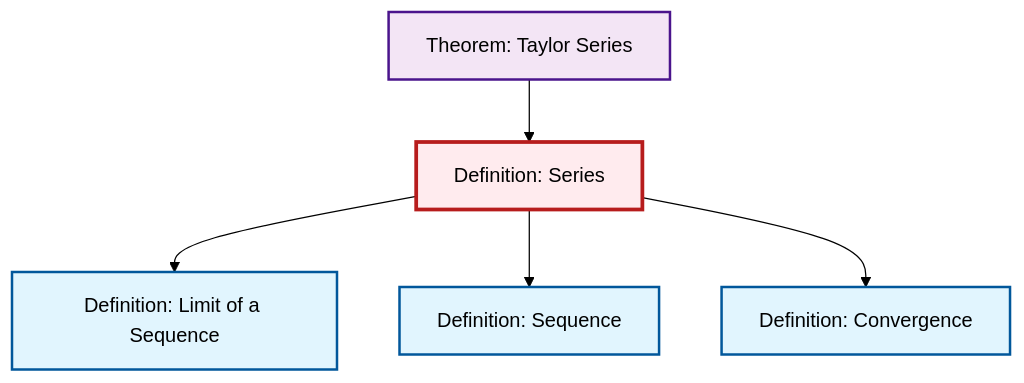
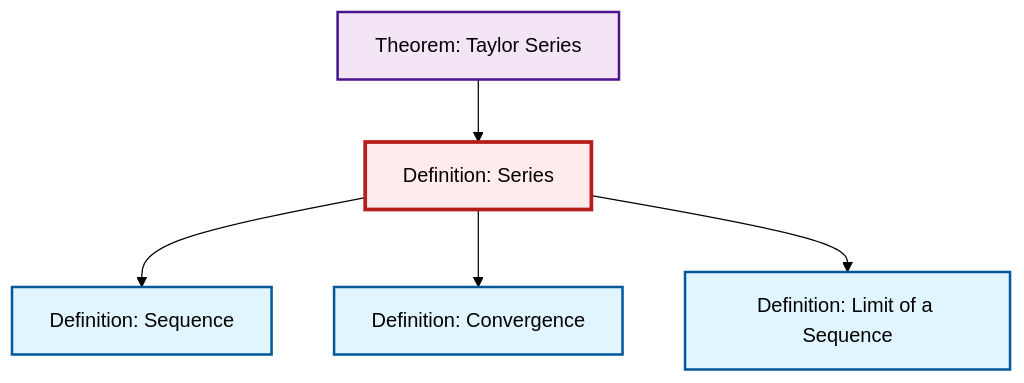
Before and after one commit to RK0429/ModernMath: the diagram in content/en/analysis/def-series.qmd, drawn with Mermaid (forest theme). The commit also changed other lines of this file and 619 other files, not shown here.

````diff
--- a/content/en/analysis/def-series.qmd
+++ b/content/en/analysis/def-series.qmd
@@ -90,23 +90,23 @@
 ```{mermaid}
 %%| fig-cap: "Local dependency graph"
 graph TD
     classDef definition fill:#e1f5fe,stroke:#01579b,stroke-width:2px
     classDef theorem fill:#f3e5f5,stroke:#4a148c,stroke-width:2px
     classDef axiom fill:#fff3e0,stroke:#e65100,stroke-width:2px
     classDef example fill:#e8f5e9,stroke:#1b5e20,stroke-width:2px
     classDef current fill:#ffebee,stroke:#b71c1c,stroke-width:3px
+    def-convergence["Definition: Convergence"]:::definition
+    thm-taylor-series["Theorem: Taylor Series"]:::theorem
+    def-sequence["Definition: Sequence"]:::definition
     def-series["Definition: Series"]:::definition
-    thm-taylor-series["Theorem: Taylor Series"]:::theorem
-    def-convergence["Definition: Convergence"]:::definition
-    def-sequence["Definition: Sequence"]:::definition
     def-limit["Definition: Limit of a Sequence"]:::definition
-    def-series --> def-limit
+    thm-taylor-series --> def-series
     def-series --> def-sequence
     def-series --> def-convergence
-    thm-taylor-series --> def-series
+    def-series --> def-limit
     class def-series current
+    click def-convergence "def-convergence.html" "Go to Convergence definition"
     click thm-taylor-series "thm-taylor-series.html" "Go to Taylor Series theorem"
-    click def-convergence "def-convergence.html" "Go to Convergence definition"
     click def-sequence "def-sequence.html" "Go to Sequence definition"
     click def-limit "def-limit.html" "Go to Limit of a Sequence definition"
 ```
````
